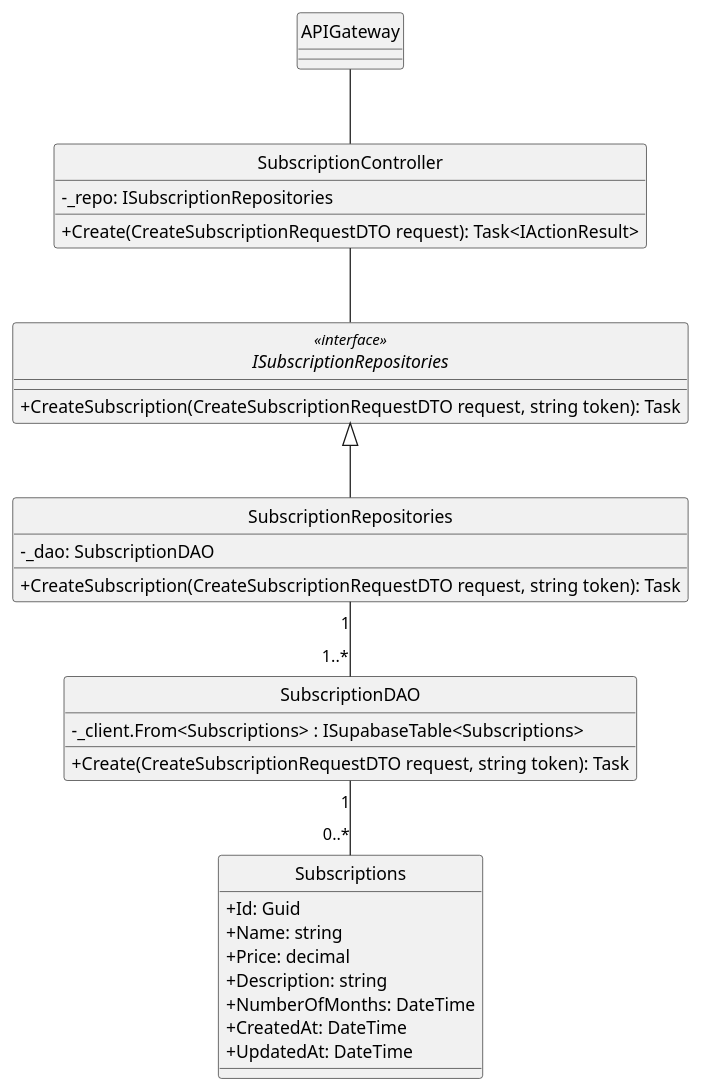
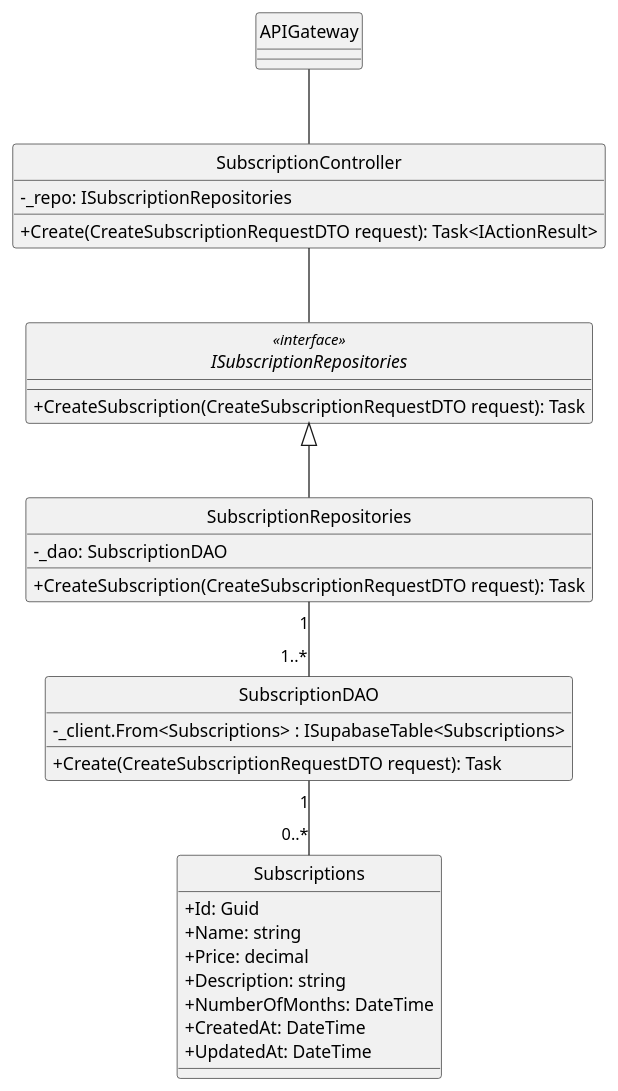
The diagram in docs/ClassDiagram/Subscription/CreateSubscription.plantuml (minhnhut23/FPT-OBOMS), drawn with PlantUML before and after one commit. The commit also changed 1 other file, not shown here.

Commit message:
remove token in class

```diff
--- a/docs/ClassDiagram/Subscription/CreateSubscription.plantuml
+++ b/docs/ClassDiagram/Subscription/CreateSubscription.plantuml
@@ -1,44 +1,44 @@
 @startuml createSubscription
 hide circle
 skinparam classAttributeIconSize 0
 skinparam linetype ortho
 
 class APIGateway {
 }
 
 class SubscriptionController{
     - _repo: ISubscriptionRepositories
     + Create(CreateSubscriptionRequestDTO request): Task<IActionResult>
 }
 
 interface ISubscriptionRepositories<<interface>> {
-    + CreateSubscription(CreateSubscriptionRequestDTO request, string token): Task
+    + CreateSubscription(CreateSubscriptionRequestDTO request): Task
 }
 
 class SubscriptionRepositories {
     - _dao: SubscriptionDAO
-    + CreateSubscription(CreateSubscriptionRequestDTO request, string token): Task
+    + CreateSubscription(CreateSubscriptionRequestDTO request): Task
 }
 
 class SubscriptionDAO {
     - _client.From<Subscriptions> : ISupabaseTable<Subscriptions>
-    + Create(CreateSubscriptionRequestDTO request, string token): Task
+    + Create(CreateSubscriptionRequestDTO request): Task
 }
 
 class Subscriptions {
     + Id: Guid
     + Name: string
     + Price: decimal
     + Description: string
     + NumberOfMonths: DateTime
     + CreatedAt: DateTime
     + UpdatedAt: DateTime
 }
 
 APIGateway -- SubscriptionController
 SubscriptionController -- ISubscriptionRepositories
 ISubscriptionRepositories <|-- SubscriptionRepositories
 SubscriptionRepositories "1"--"1..*" SubscriptionDAO
 SubscriptionDAO "1"--"0..*" Subscriptions
 
 @enduml
```
